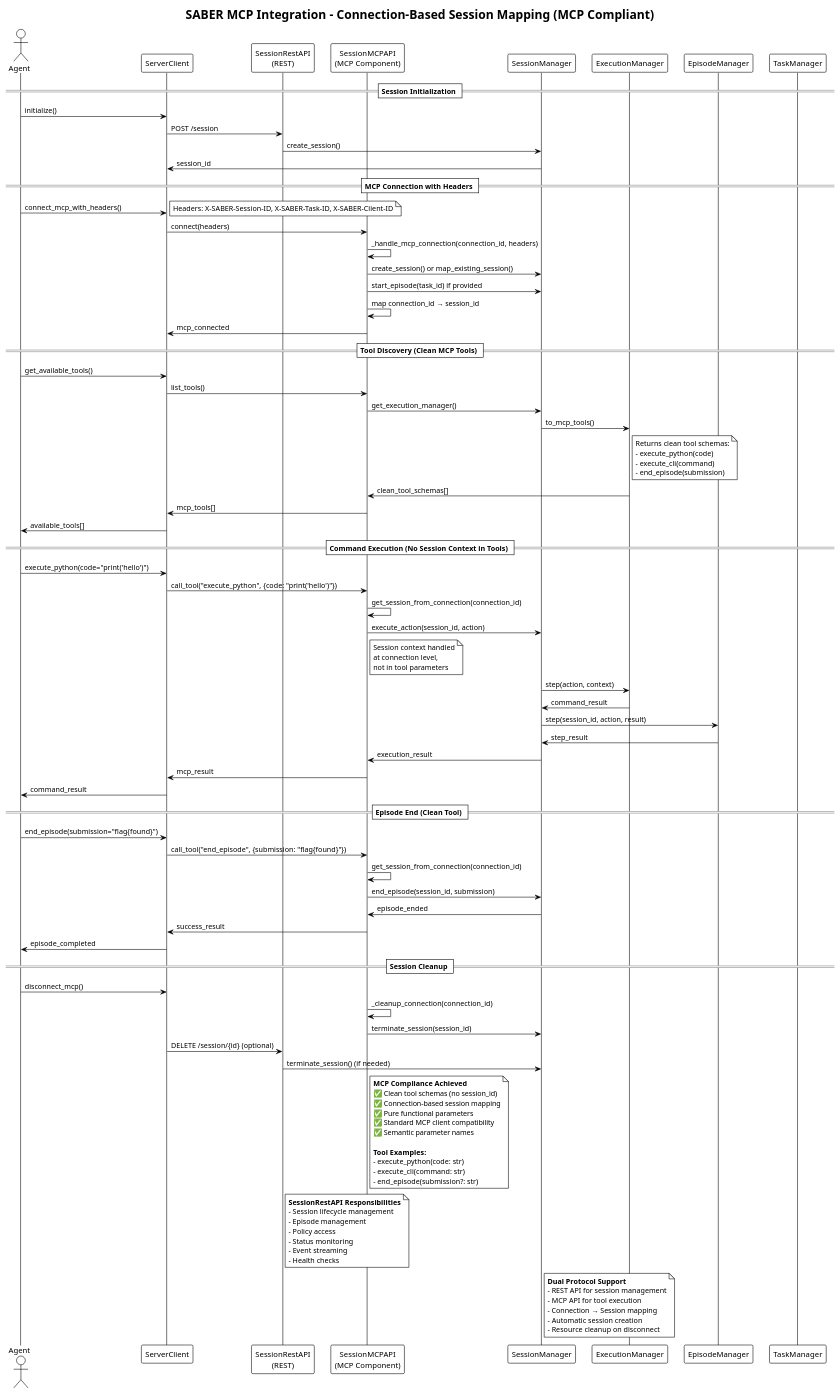
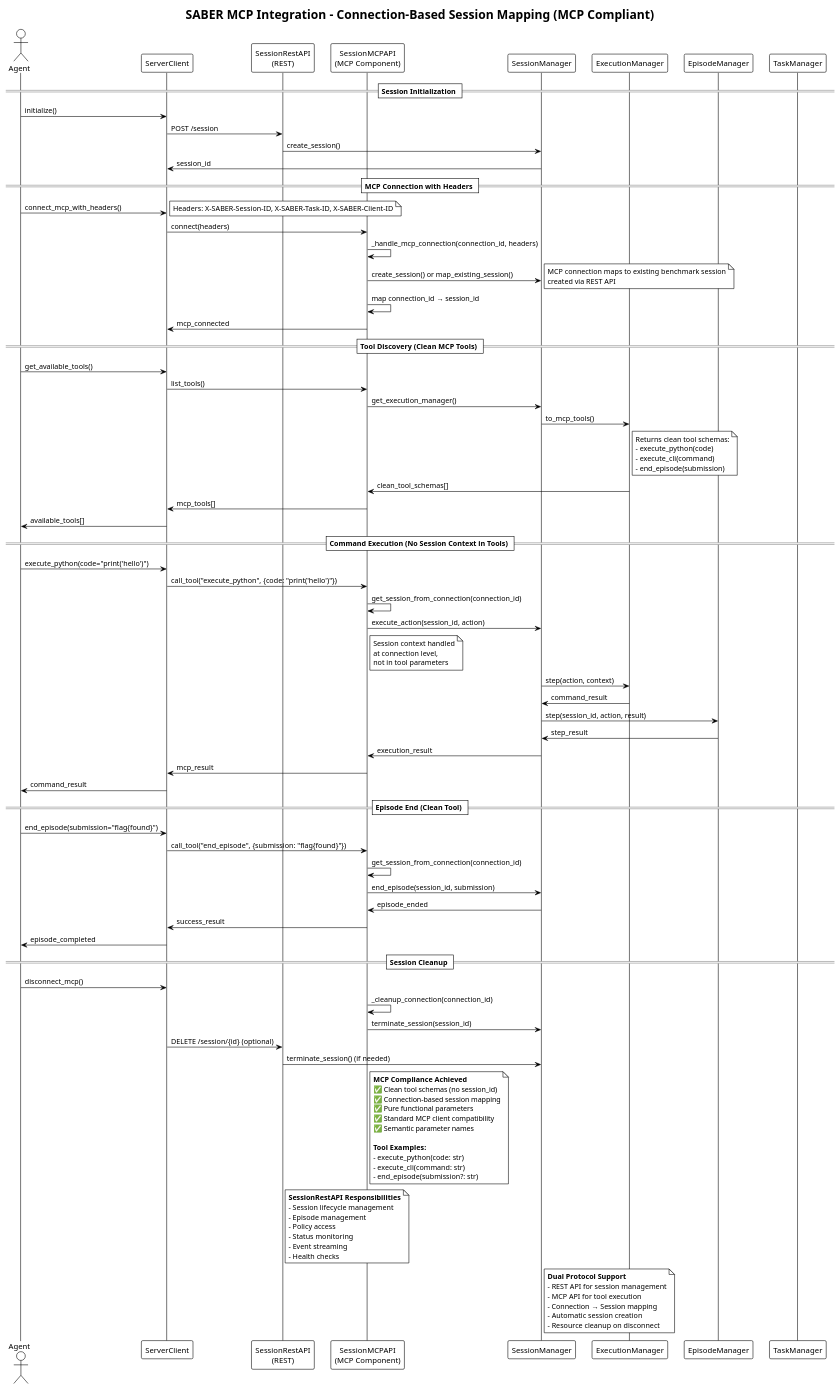
Before and after one commit to microsoft/ACES: the diagram in docs/server/api/mcp_integration_sequence.puml, drawn with PlantUML. The commit also changed 33 other files, not shown here.

```diff
--- a/docs/server/api/mcp_integration_sequence.puml
+++ b/docs/server/api/mcp_integration_sequence.puml
@@ -1,104 +1,104 @@
 @startuml MCP Integration Workflow
 
 !theme plain
 title SABER MCP Integration - Connection-Based Session Mapping (MCP Compliant)
 
 actor Agent
 participant "ServerClient" as Client
 participant "SessionRestAPI\n(REST)" as REST
 participant "SessionMCPAPI\n(MCP Component)" as MCP
 participant "SessionManager" as SM
 participant "ExecutionManager" as EM_EXEC
 participant "EpisodeManager" as EM_EP
 participant "TaskManager" as TM
 
 == Session Initialization ==
 Agent -> Client: initialize()
 Client -> REST: POST /session
 REST -> SM: create_session()
 SM -> Client: session_id
 
 == MCP Connection with Headers ==
 Agent -> Client: connect_mcp_with_headers()
 note right: Headers: X-SABER-Session-ID, X-SABER-Task-ID, X-SABER-Client-ID
 Client -> MCP: connect(headers)
 MCP -> MCP: _handle_mcp_connection(connection_id, headers)
 MCP -> SM: create_session() or map_existing_session()
-MCP -> SM: start_episode(task_id) if provided
+note right: MCP connection maps to existing benchmark session\ncreated via REST API
 MCP -> MCP: map connection_id → session_id
 MCP -> Client: mcp_connected
 
 == Tool Discovery (Clean MCP Tools) ==
 Agent -> Client: get_available_tools()
 Client -> MCP: list_tools()
 MCP -> SM: get_execution_manager()
 SM -> EM_EXEC: to_mcp_tools()
 note right of EM_EXEC: Returns clean tool schemas:\n- execute_python(code)\n- execute_cli(command)\n- end_episode(submission)
 EM_EXEC -> MCP: clean_tool_schemas[]
 MCP -> Client: mcp_tools[]
 Client -> Agent: available_tools[]
 
 == Command Execution (No Session Context in Tools) ==
 Agent -> Client: execute_python(code="print('hello')")
 Client -> MCP: call_tool("execute_python", {code: "print('hello')"})
 MCP -> MCP: get_session_from_connection(connection_id)
 MCP -> SM: execute_action(session_id, action)
 note right of MCP: Session context handled\nat connection level,\nnot in tool parameters
 SM -> EM_EXEC: step(action, context)
 EM_EXEC -> SM: command_result
 SM -> EM_EP: step(session_id, action, result)
 EM_EP -> SM: step_result
 SM -> MCP: execution_result
 MCP -> Client: mcp_result
 Client -> Agent: command_result
 
 == Episode End (Clean Tool) ==
 Agent -> Client: end_episode(submission="flag{found}")
 Client -> MCP: call_tool("end_episode", {submission: "flag{found}"})
 MCP -> MCP: get_session_from_connection(connection_id)
 MCP -> SM: end_episode(session_id, submission)
 SM -> MCP: episode_ended
 MCP -> Client: success_result
 Client -> Agent: episode_completed
 
 == Session Cleanup ==
 Agent -> Client: disconnect_mcp()
 MCP -> MCP: _cleanup_connection(connection_id)
 MCP -> SM: terminate_session(session_id)
 Client -> REST: DELETE /session/{id} (optional)
 REST -> SM: terminate_session() (if needed)
 
 note right of MCP
 **MCP Compliance Achieved**
 ✅ Clean tool schemas (no session_id)
 ✅ Connection-based session mapping
 ✅ Pure functional parameters
 ✅ Standard MCP client compatibility
 ✅ Semantic parameter names
 
 **Tool Examples:**
 - execute_python(code: str)
 - execute_cli(command: str)
 - end_episode(submission?: str)
 end note
 
 note right of REST
 **SessionRestAPI Responsibilities**
 - Session lifecycle management
 - Episode management
 - Policy access
 - Status monitoring
 - Event streaming
 - Health checks
 end note
 
 note right of SM
 **Dual Protocol Support**
 - REST API for session management
 - MCP API for tool execution
 - Connection → Session mapping
 - Automatic session creation
 - Resource cleanup on disconnect
 end note
 
 @enduml
```
